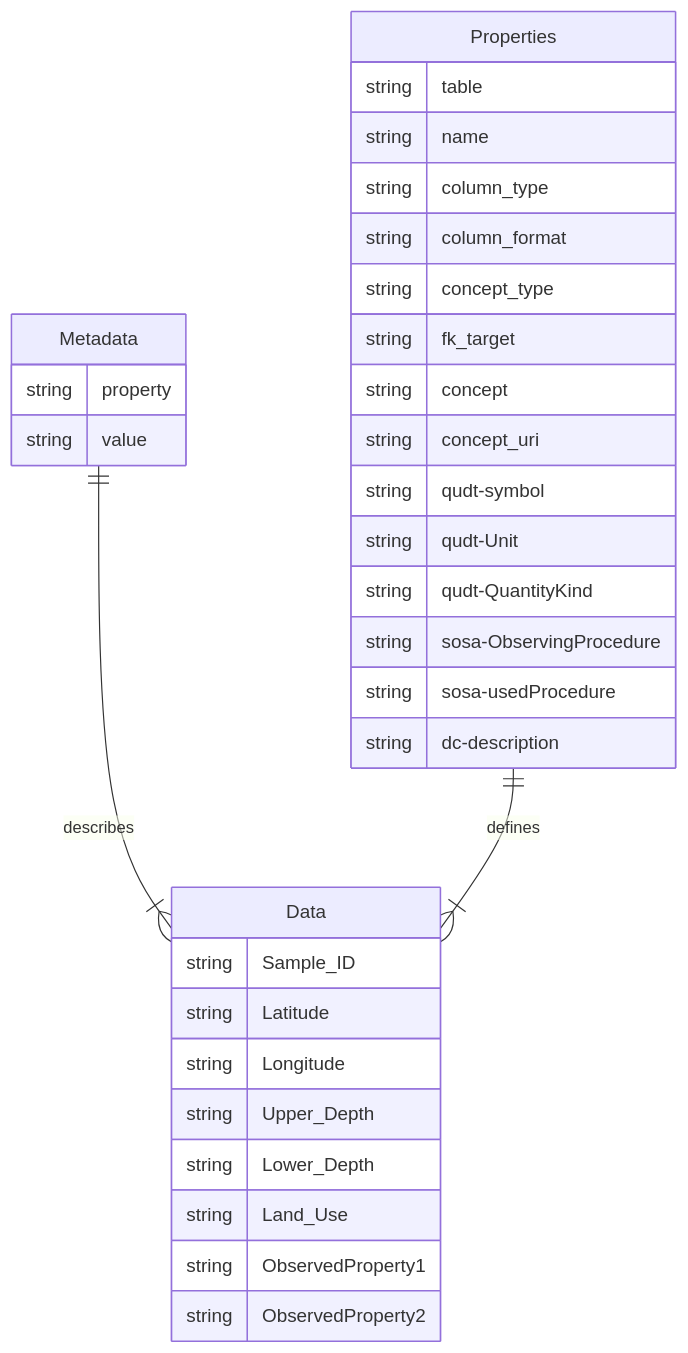
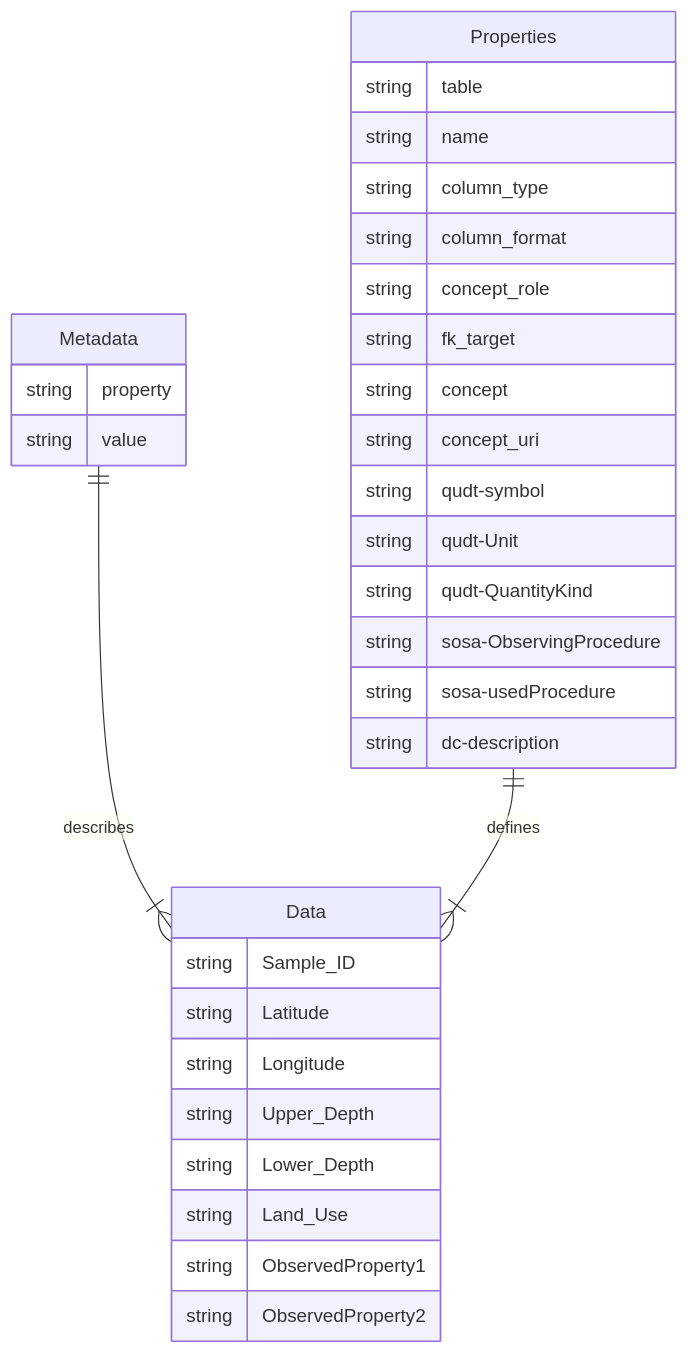
One commit to soilwise-he/soil-observation-data-encodings changed the first of 3 diagrams in ExcelTemplates/readme.md. Above: the diagram before and after it, drawn with Mermaid. The commit also changed other lines of this file, not shown here.

Commit message:
Rename concept_type to concept_role in readme

````diff
--- a/ExcelTemplates/readme.md
+++ b/ExcelTemplates/readme.md
@@ -19,36 +19,36 @@
 ```mermaid
 erDiagram 
     Metadata ||--|{ Data : describes
     Properties ||--|{ Data : defines
     Data
     Metadata {
         string property
         string value
     }
     Properties {
         string table
         string name
         string column_type
         string column_format
-        string concept_type
+        string concept_role
         string fk_target
         string concept
         string concept_uri
         string qudt-symbol
         string qudt-Unit
         string qudt-QuantityKind
         string sosa-ObservingProcedure
         string sosa-usedProcedure
         string dc-description
     }
     Data {
         string Sample_ID
         string Latitude
         string Longitude
         string Upper_Depth
         string Lower_Depth
         string Land_Use
         string ObservedProperty1
         string ObservedProperty2
     }
 ```
````
